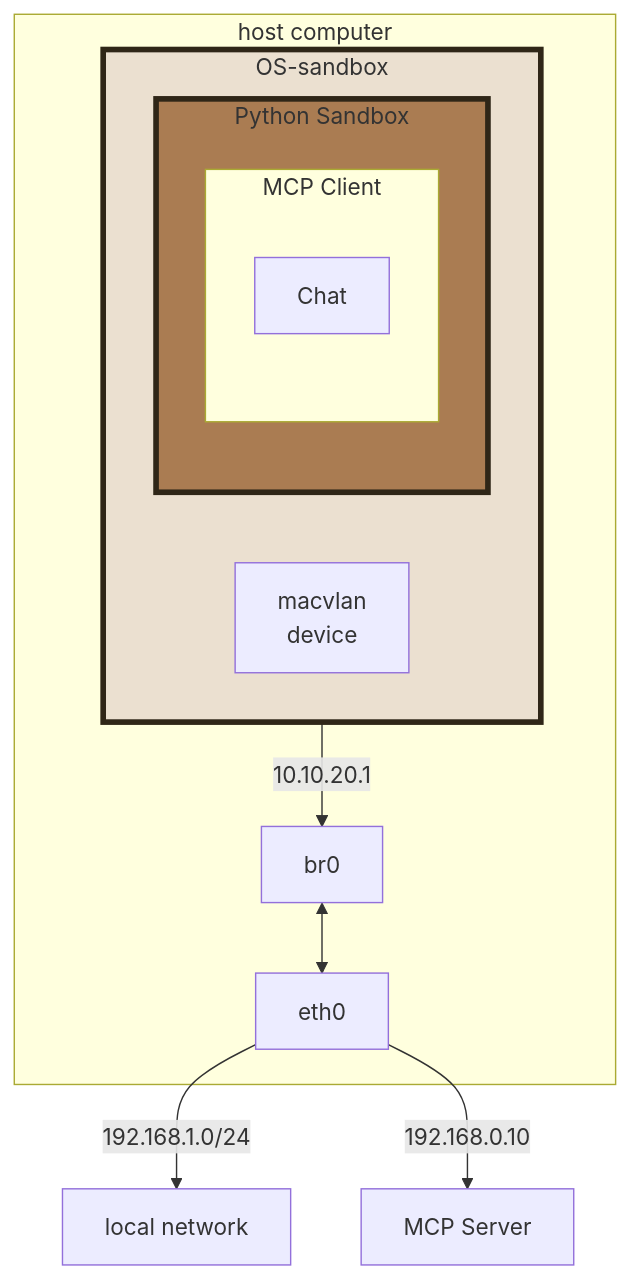
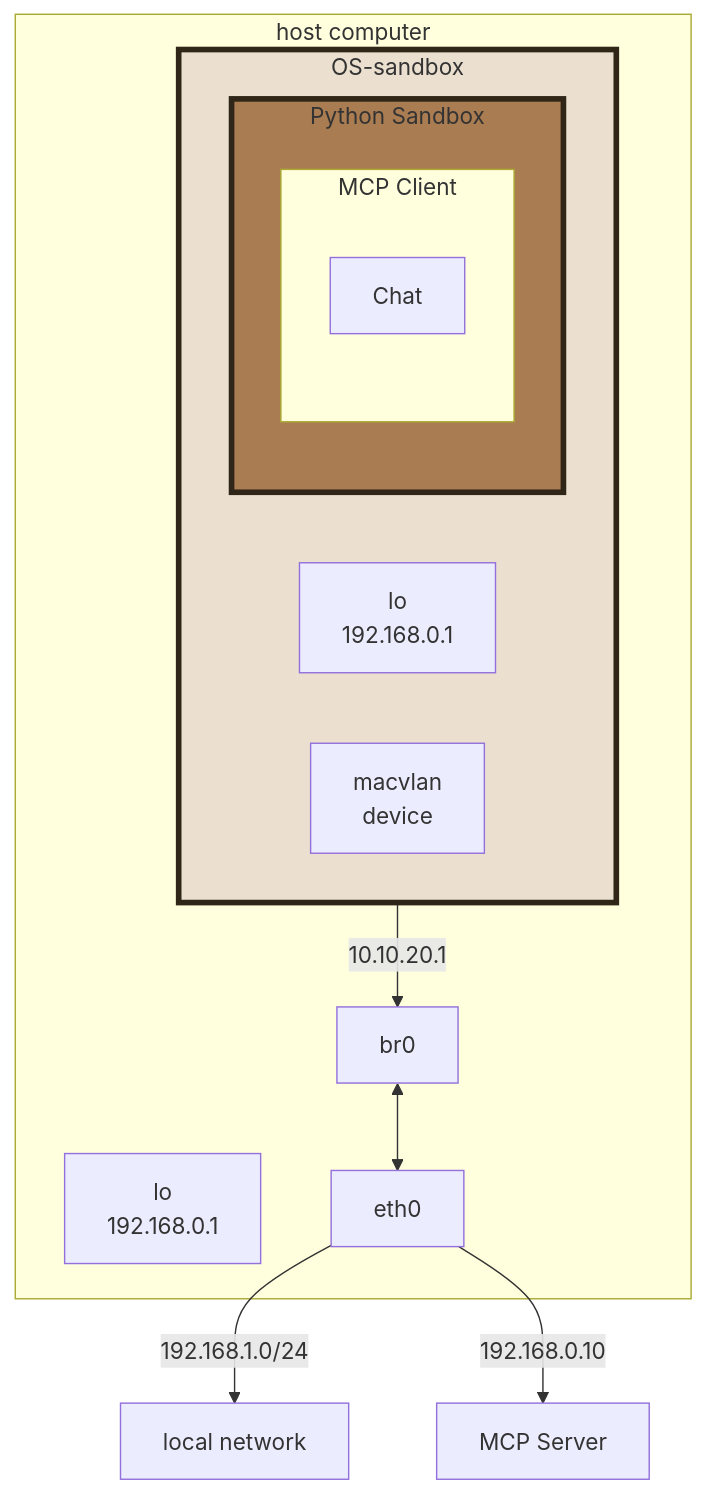
The eighth of 8 diagrams in samples/mcp-client/README.md (pprados/pysandboxes), drawn with Mermaid before and after one commit. The commit also changed other lines of this file and 26 other files, not shown here.

````diff
--- a/samples/mcp-client/README.md
+++ b/samples/mcp-client/README.md
@@ -256,28 +258,30 @@
 ```mermaid
 graph TD
     subgraph "host computer"
         subgraph OSSandbox ["OS-sandbox"]
             direction LR
             subgraph PythonSandbox [Python Sandbox]
                 subgraph MCPClient [MCP Client]
                     D[Chat]
                 end
             end
-            macvlan["macvlan<br/>device"]
+            lo1["lo<br/>192.168.0.1"]
+            veth["macvlan<br/>device"]
         end
+        lo2["lo<br/>192.168.0.1"]
         eth0
         br0
     end
 
     mcp_server["MCP Server"]
     local_network["local network"]
 
-    macvlan -- 10.10.20.1 --> br0
+    veth -- 10.10.20.1 --> br0
+    br0 <--> eth0
     eth0 -- 192.168.1.0/24 --> local_network
-    br0 <--> eth0
     eth0 -- 192.168.0.10 --> mcp_server
     
     %% 🎨 Style personnalisé pour OSSandbox
     style OSSandbox fill:#ebe0d0,stroke:#2f2617,stroke-width:4px
     style PythonSandbox fill:#aa7c52,stroke:#2f2617,stroke-width:4px
 ```
````
